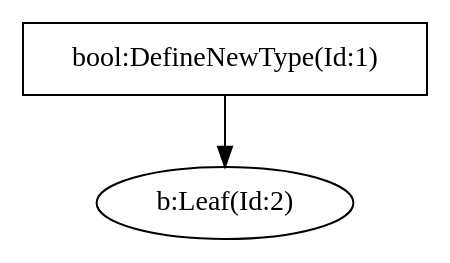
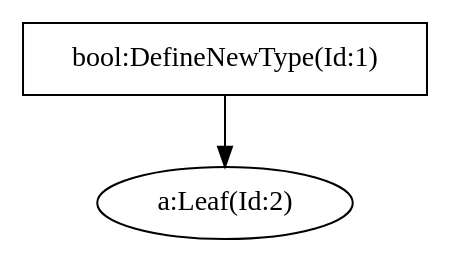
Before and after one commit to egoshin-igor/StateMachine: the diagram in Compiler/SyntacticalAnalyzerGenerator/LangFiles/astTree.dot, drawn with Graphviz. The commit also changed 3 other files, not shown here.

```diff
--- a/Compiler/SyntacticalAnalyzerGenerator/LangFiles/astTree.dot
+++ b/Compiler/SyntacticalAnalyzerGenerator/LangFiles/astTree.dot
@@ -1,1 +1,1 @@
-digraph G{"bool:DefineNewType(Id:1)" [shape = box];"bool:DefineNewType(Id:1)"->"b:Leaf(Id:2)";}
+digraph G{"bool:DefineNewType(Id:1)" [shape = box];"bool:DefineNewType(Id:1)"->"a:Leaf(Id:2)";}
```
